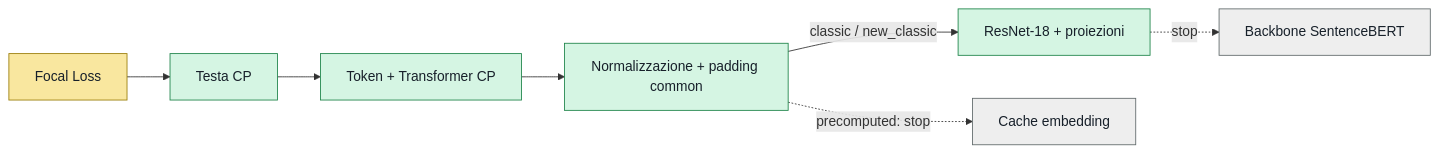
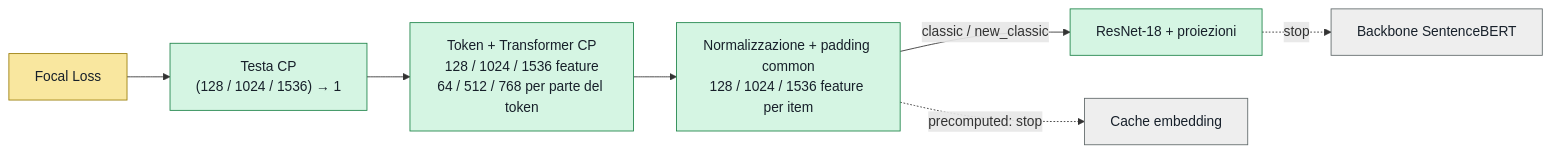
One commit to FlorindoDev/OutfitTransformer changed the first of 2 diagrams in training/README.md. Above: the diagram before and after it, drawn with Mermaid. The commit also changed other lines of this file and 26 other files, not shown here.

````diff
--- a/training/README.md
+++ b/training/README.md
@@ -72,19 +72,19 @@
 ```mermaid
 flowchart LR
-    LOSS["Focal Loss"] --> HEAD["Testa CP"]
-    HEAD --> CP["Token + Transformer CP"]
-    CP --> COMMON["Normalizzazione + padding common"]
+    LOSS["Focal Loss"] --> HEAD["Testa CP<br/>(128 / 1024 / 1536) → 1"]
+    HEAD --> CP["Token + Transformer CP<br/>128 / 1024 / 1536 feature<br/>64 / 512 / 768 per parte del token"]
+    CP --> COMMON["Normalizzazione + padding common<br/>128 / 1024 / 1536 feature per item"]
 
     COMMON -->|classic / new_classic| RAW["ResNet-18 + proiezioni"]
     RAW -.->|stop| SBERT["Backbone SentenceBERT"]
 
     COMMON -.->|precomputed: stop| CACHE["Cache embedding"]
 
     classDef trainable fill:#d5f5e3,stroke:#1e8449,color:#17202a;
     classDef frozen fill:#eeeeee,stroke:#616a6b,color:#17202a;
     classDef loss fill:#f9e79f,stroke:#9a7d0a,color:#17202a;
 
     class HEAD,CP,COMMON,RAW trainable;
     class SBERT,CACHE frozen;
     class LOSS loss;
 ```
````
